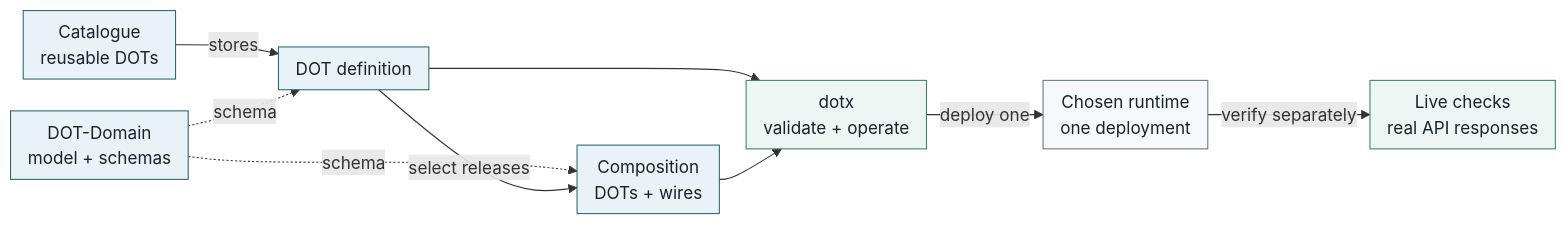
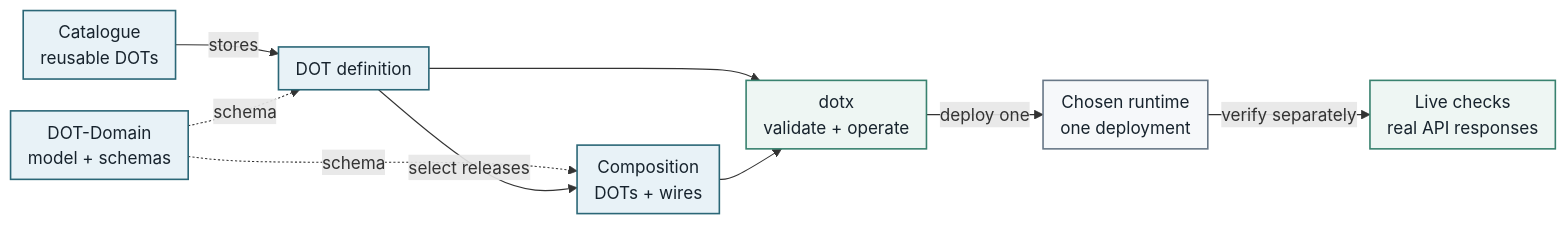
The diagram in DOT-Design/next/dot-design/_attachments/diagrams/dot-system-context.mmd (MARE-EU-Project/DOT-Docs), drawn with Mermaid before and after one commit. The commit also changed 43 other files, not shown here.

```diff
--- a/DOT-Design/next/dot-design/_attachments/diagrams/dot-system-context.mmd
+++ b/DOT-Design/next/dot-design/_attachments/diagrams/dot-system-context.mmd
@@ -1,34 +1,34 @@
 ---
 config:
   flowchart:
     nodeSpacing: 25
     rankSpacing: 25
     padding: 8
 ---
 flowchart LR
   accTitle: From a reusable DOT to a verified deployment
   accDescr: DOT-Domain generates the schemas. The catalogue stores reusable DOT definitions. A composition selects exact DOT releases and connects their Anchors. dotx validates the declarations and operates selected deployments. Live API checks are separate evidence, not a consequence of valid declarations.
 
   Domain["DOT-Domain<br/>model + schemas"]
   Catalogue["Catalogue<br/>reusable DOTs"]
   Dot["DOT definition"]
   Composition["Composition<br/>DOTs + wires"]
   CLI["dotx<br/>validate + operate"]
   Runtime["Chosen runtime<br/>one deployment"]
   Evidence["Live checks<br/>real API responses"]
 
   Catalogue -->|stores| Dot
   Domain -.->|schema| Dot
   Domain -.->|schema| Composition
   Dot -->|select releases| Composition
   Dot --> CLI
   Composition --> CLI
   CLI -->|deploy one| Runtime
   Runtime -->|verify separately| Evidence
 
-  classDef definition fill:#e8f2f7,stroke:#2b6777,color:#17232d;
-  classDef operation fill:#eef6f3,stroke:#39826f,color:#17232d;
-  classDef runtime fill:#f6f8fa,stroke:#687887,color:#17232d;
+  classDef definition fill:#e8f2f7,stroke:#2b6777,color:#17232d,stroke-width:1.5px;
+  classDef operation fill:#eef6f3,stroke:#39826f,color:#17232d,stroke-width:1.5px;
+  classDef runtime fill:#f6f8fa,stroke:#687887,color:#17232d,stroke-width:1.5px;
   class Domain,Catalogue,Dot,Composition definition;
   class CLI,Evidence operation;
   class Runtime runtime;
```
